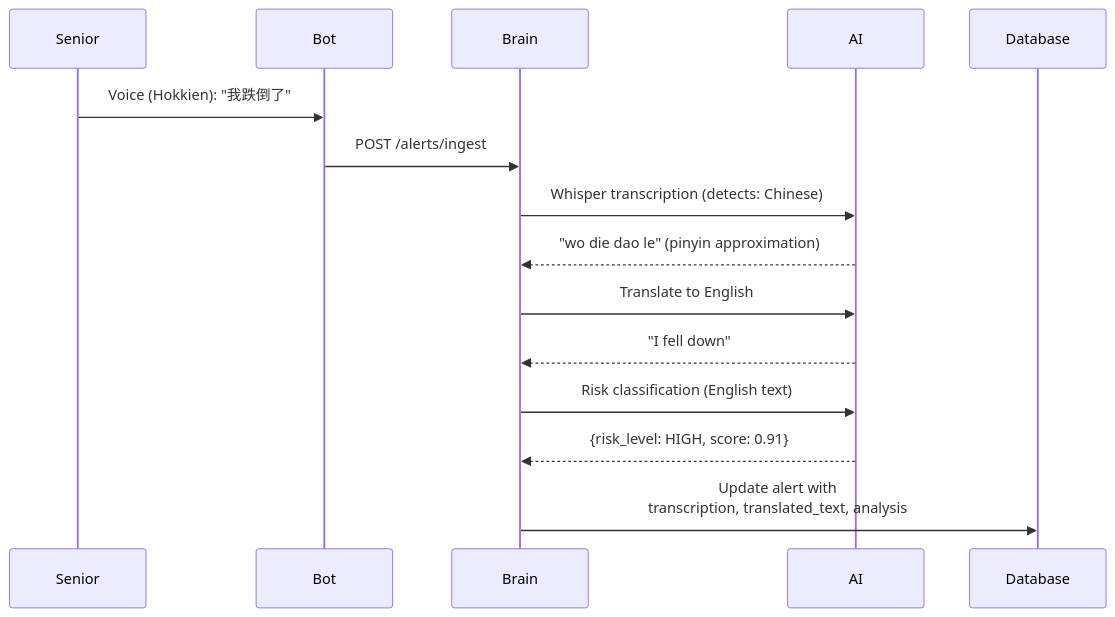
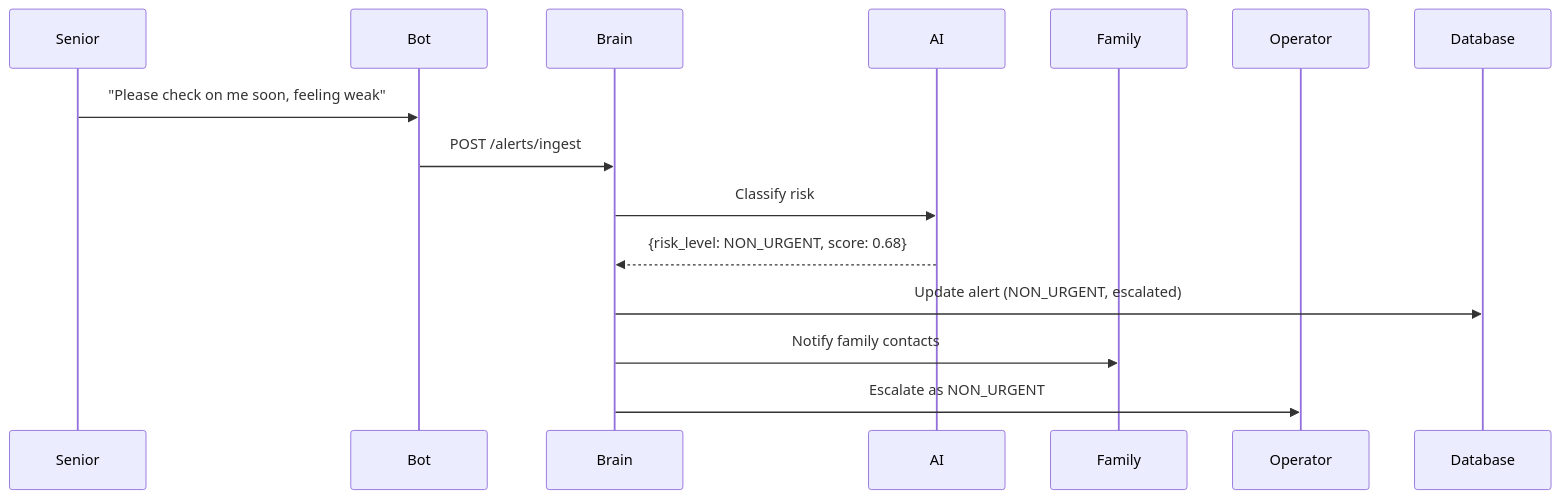
One commit to brucewzj99/PersonalAlertPlus changed the sixth of 8 diagrams in flowchart.md. Above: the diagram before and after it, drawn with Mermaid. The commit also changed other lines of this file and 11 other files, not shown here.

````diff
--- a/flowchart.md
+++ b/flowchart.md
@@ -342,17 +315,17 @@
 ```mermaid
 sequenceDiagram
     participant Senior
     participant Bot
     participant Brain
     participant AI
+    participant Family
+    participant Operator
 
-    Senior->>Bot: Voice (Hokkien): "我跌倒了"
+    Senior->>Bot: "Please check on me soon, feeling weak"
     Bot->>Brain: POST /alerts/ingest
-    Brain->>AI: Whisper transcription (detects: Chinese)
-    AI-->>Brain: "wo die dao le" (pinyin approximation)
-    Brain->>AI: Translate to English
-    AI-->>Brain: "I fell down"
-    Brain->>AI: Risk classification (English text)
-    AI-->>Brain: {risk_level: HIGH, score: 0.91}
-    Brain->>Database: Update alert with<br/>transcription, translated_text, analysis
+    Brain->>AI: Classify risk
+    AI-->>Brain: {risk_level: NON_URGENT, score: 0.68}
+    Brain->>Database: Update alert (NON_URGENT, escalated)
+    Brain->>Family: Notify family contacts
+    Brain->>Operator: Escalate as NON_URGENT
 ```
````
